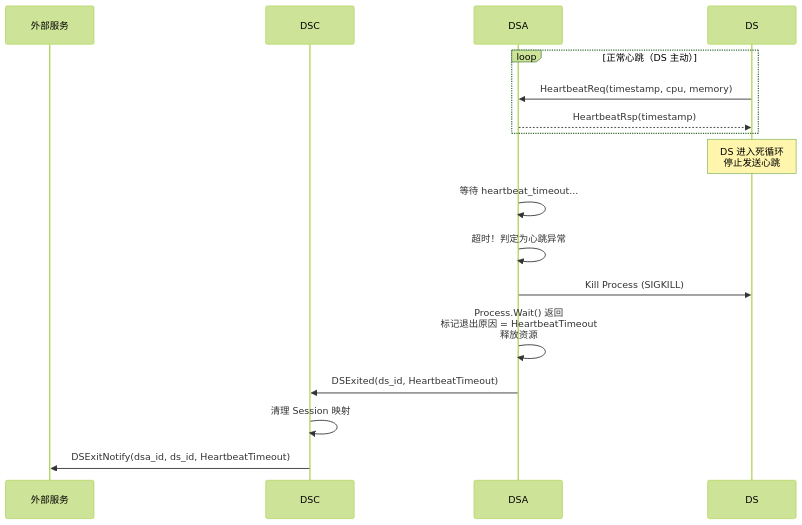
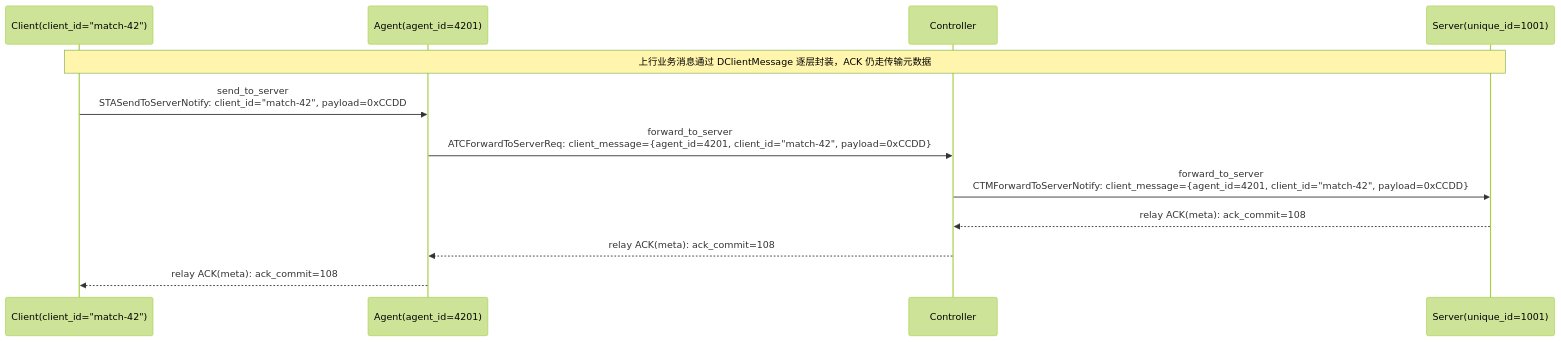
The eighth of 10 diagrams in doc/orbit/guide.md (atframework/atsf4g-co), drawn with Mermaid (forest theme) before and after one commit. The commit also changed other lines of this file and 69 other files, not shown here.

````diff
--- a/doc/orbit/guide.md
+++ b/doc/orbit/guide.md
@@ -1006,22 +572,15 @@
 ```mermaid
 sequenceDiagram
-    participant Ext as 外部服务
-    participant DSC as DSC
-    participant DSA as DSA
-    participant DS as DS
+    participant Client as Client(client_id="match-42")
+    participant Agent as Agent(agent_id=4201)
+    participant Controller as Controller
+    participant Server as Server(unique_id=1001)
 
-    loop 正常心跳（DS 主动）
-        DS->>DSA: HeartbeatReq(timestamp, cpu, memory)
-        DSA-->>DS: HeartbeatRsp(timestamp)
-    end
-
-    Note over DS: DS 进入死循环<br/>停止发送心跳
-    DSA->>DSA: 等待 heartbeat_timeout...
-    DSA->>DSA: 超时！判定为心跳异常
-
-    DSA->>DS: Kill Process (SIGKILL)
-    DSA->>DSA: Process.Wait() 返回<br/>标记退出原因 = HeartbeatTimeout<br/>释放资源
-    DSA->>DSC: DSExited(ds_id, HeartbeatTimeout)
-    DSC->>DSC: 清理 Session 映射
-    DSC->>Ext: DSExitNotify(dsa_id, ds_id, HeartbeatTimeout)
+    Note over Client,Server: 上行业务消息通过 DClientMessage 逐层封装，ACK 仍走传输元数据
+    Client->>Agent: send_to_server<br/>STASendToServerNotify: client_id="match-42", payload=0xCCDD
+    Agent->>Controller: forward_to_server<br/>ATCForwardToServerReq: client_message={agent_id=4201, client_id="match-42", payload=0xCCDD}
+    Controller->>Server: forward_to_server<br/>CTMForwardToServerNotify: client_message={agent_id=4201, client_id="match-42", payload=0xCCDD}
+    Server-->>Controller: relay ACK(meta): ack_commit=108
+    Controller-->>Agent: relay ACK(meta): ack_commit=108
+    Agent-->>Client: relay ACK(meta): ack_commit=108
 ```
````
